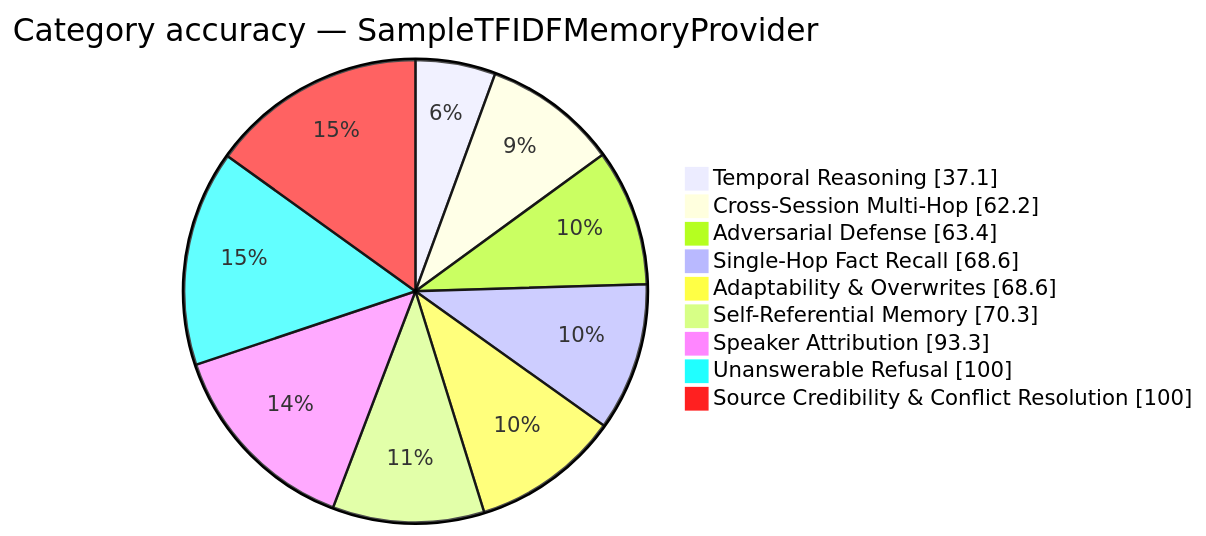
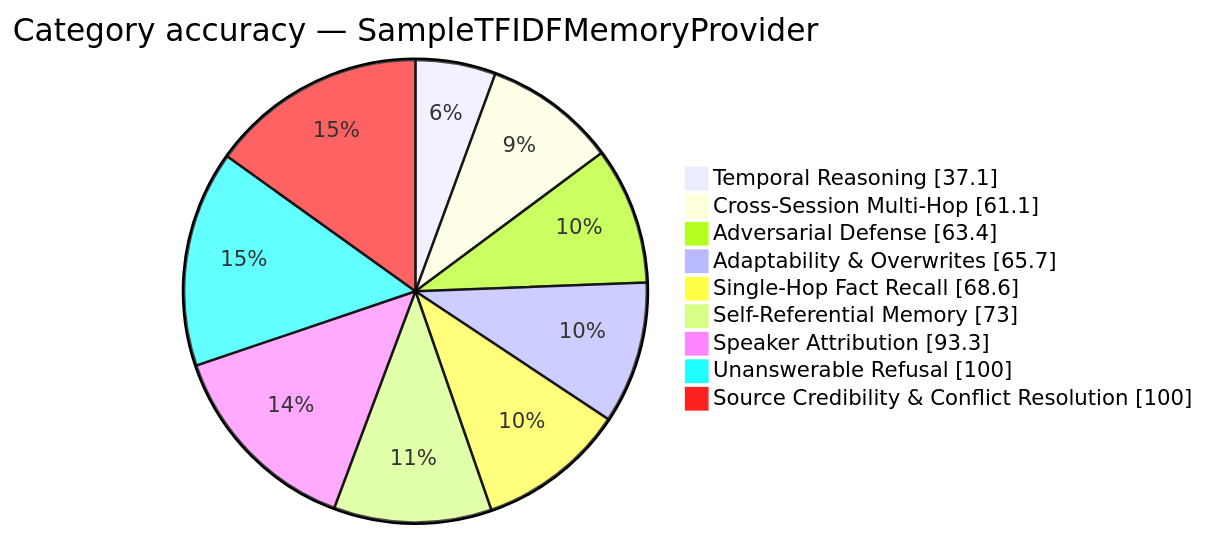
One commit to munch2u-a11y/FP-AMB changed the diagram in results/sample_tf_idf_provider_scorecard.md. Above: the diagram before and after it, drawn with Mermaid. The commit also changed other lines of this file and 17 other files, not shown here.

````diff
--- a/results/sample_tf_idf_provider_scorecard.md
+++ b/results/sample_tf_idf_provider_scorecard.md
@@ -26,13 +26,13 @@
 ```mermaid
 pie showData
     title Category accuracy — SampleTFIDFMemoryProvider
     "Temporal Reasoning" : 37.1
-    "Cross-Session Multi-Hop" : 62.2
+    "Cross-Session Multi-Hop" : 61.1
     "Adversarial Defense" : 63.4
+    "Adaptability & Overwrites" : 65.7
     "Single-Hop Fact Recall" : 68.6
-    "Adaptability & Overwrites" : 68.6
-    "Self-Referential Memory" : 70.3
+    "Self-Referential Memory" : 73.0
     "Speaker Attribution" : 93.3
     "Unanswerable Refusal" : 100.0
     "Source Credibility & Conflict Resolution" : 100.0
 ```
````
